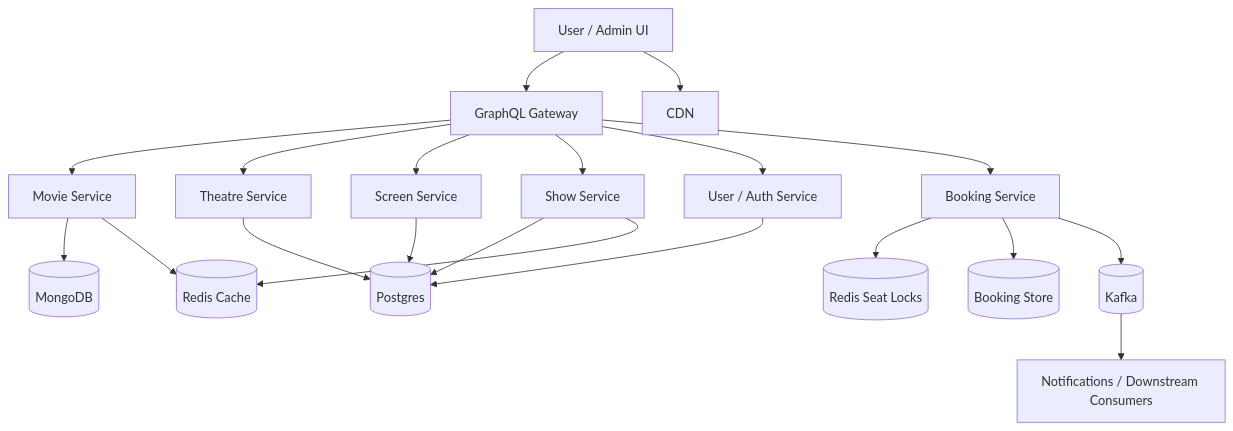
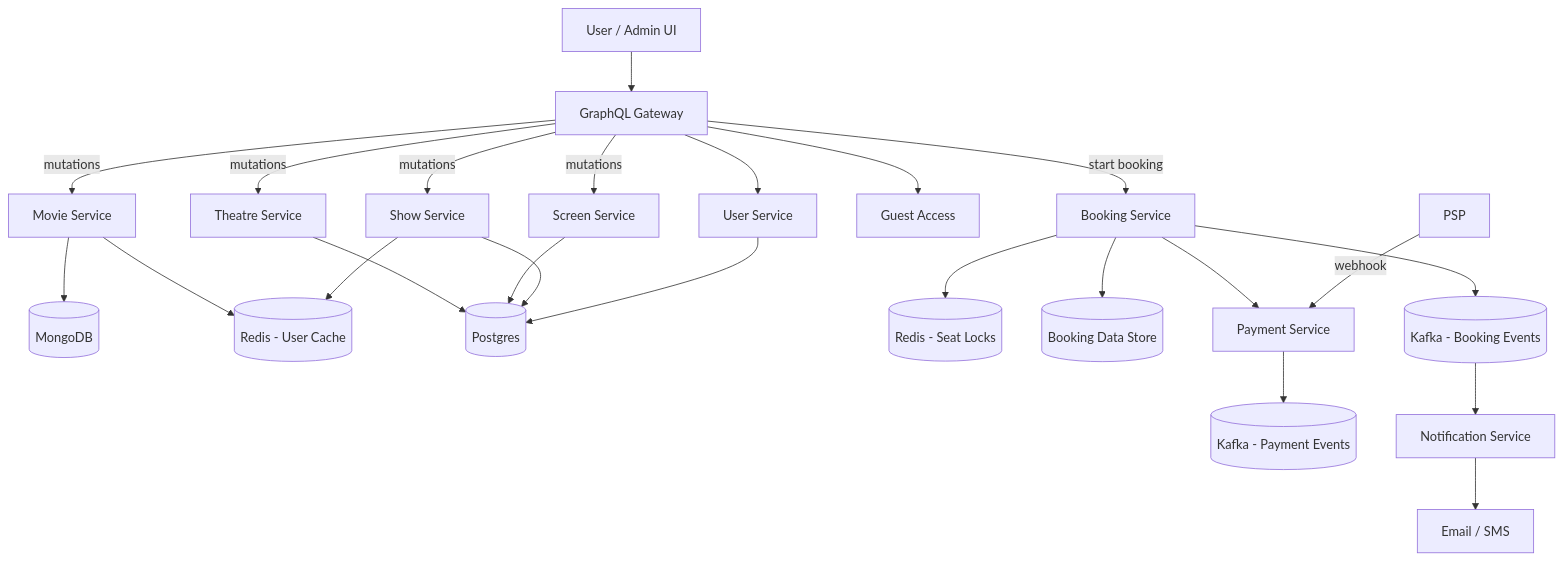
Before and after one commit to AdarshBaddies/bookmyshow-frontend: the first of 3 diagrams in testREADME.md, drawn with Mermaid.

Commit message:
added a testREADME , trying to connect with the organisation

````diff
--- a/testREADME.md
+++ b/testREADME.md
@@ -61,34 +61,41 @@
 ```mermaid
 graph TD
+    %% Entry
     UI[User / Admin UI] --> GQL[GraphQL Gateway]
 
-    %% Core Domain Services
-    GQL --> MovieSvc[Movie Service]
-    GQL --> TheatreSvc[Theatre Service]
-    GQL --> ScreenSvc[Screen Service]
-    GQL --> ShowSvc[Show Service]
-    GQL --> UserSvc[User / Auth Service]
-    GQL --> BookingSvc[Booking Service]
+    %% Admin & Content Management
+    GQL -->|mutations| MovieSvc[Movie Service]
+    GQL -->|mutations| TheatreSvc[Theatre Service]
+    GQL -->|mutations| ScreenSvc[Screen Service]
+    GQL -->|mutations| ShowSvc[Show Service]
 
-    %% Data Stores
     MovieSvc --> Mongo[(MongoDB)]
+    MovieSvc --> RedisUser[(Redis - User Cache)]
+
     TheatreSvc --> PG[(Postgres)]
     ScreenSvc --> PG
     ShowSvc --> PG
+    ShowSvc --> RedisUser
+
+    %% User Access
+    GQL --> UserSvc[User Service]
+    GQL --> Guest[Guest Access]
     UserSvc --> PG
 
-    %% Caching & Availability
-    MovieSvc --> RedisUser[(Redis Cache)]
-    ShowSvc --> RedisUser
+    %% Booking Flow
+    GQL -->|start booking| BookingSvc[Booking Service]
+    BookingSvc --> RedisLock[(Redis - Seat Locks)]
+    BookingSvc --> BookingDB[(Booking Data Store)]
 
-    %% Booking Concurrency
-    BookingSvc --> RedisLock[(Redis Seat Locks)]
-    BookingSvc --> BookingDB[(Booking Store)]
+    %% Events
+    BookingSvc --> KafkaBooking[(Kafka - Booking Events)]
 
-    %% Eventing
-    BookingSvc --> Kafka[(Kafka)]
-    Kafka --> Notify[Notifications / Downstream Consumers]
+    %% Payment Flow
+    BookingSvc --> PaymentSvc[Payment Service]
+    PaymentSvc --> KafkaPayment[(Kafka - Payment Events)]
+    PSP[PSP] -->|webhook| PaymentSvc
 
-    %% CDN
-    UI --> CDN[CDN]
+    %% Finalization
+    KafkaBooking --> Notify[Notification Service]
+    Notify --> Mail[Email / SMS]
 ```
````
